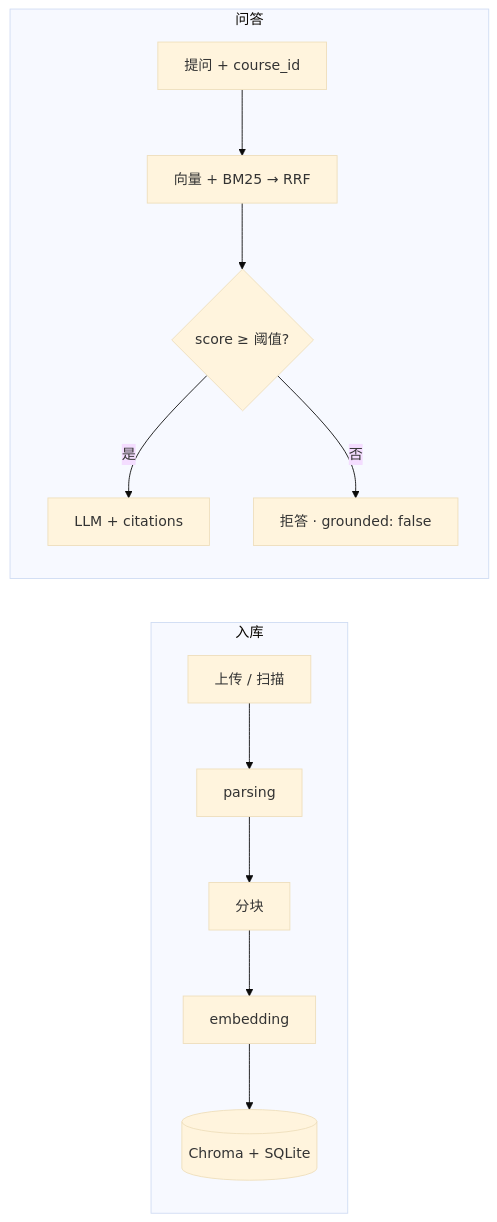
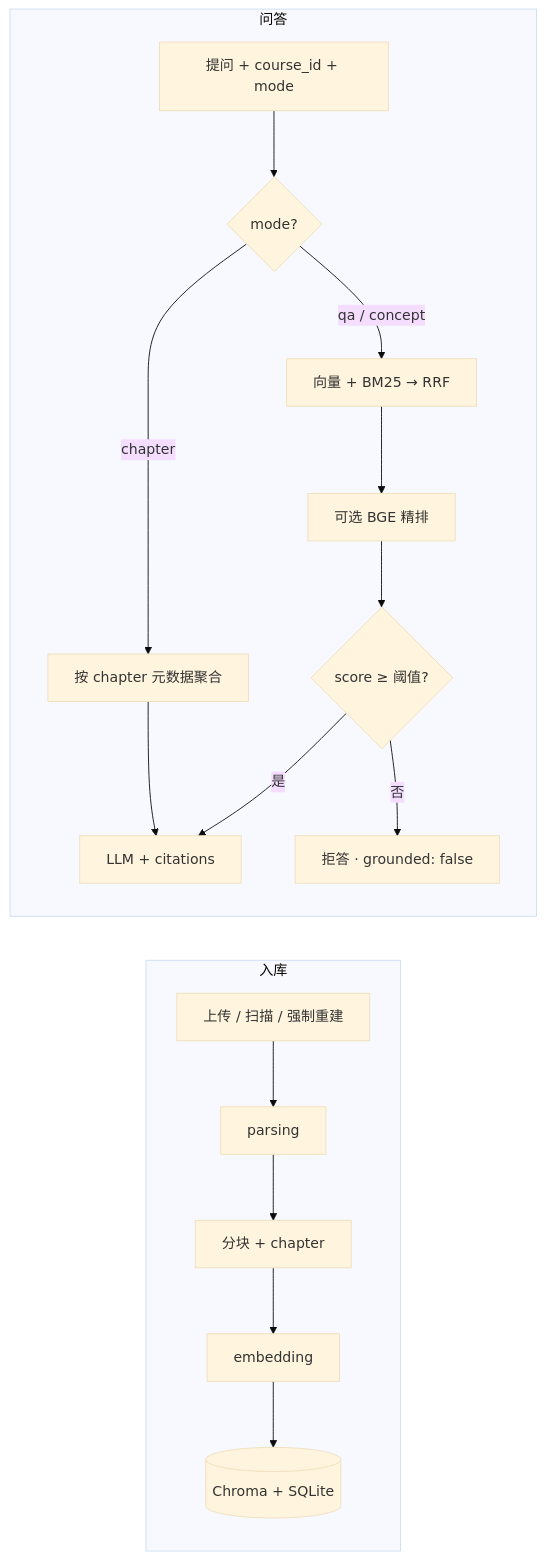
The second of 2 diagrams in README.md (1765889846/exam_qa), drawn with Mermaid (base theme) before and after one commit. The commit also changed other lines of this file and 65 other files, not shown here.

````diff
--- a/README.md
+++ b/README.md
@@ -108,12 +110,17 @@
 ```mermaid
 flowchart LR
   subgraph ingest["入库"]
-    A1["上传 / 扫描"] --> A2["parsing"] --> A3["分块"] --> A4["embedding"] --> A5[("Chroma + SQLite")]
+    A1["上传 / 扫描 / 强制重建"] --> A2["parsing"] --> A3["分块 + chapter"] --> A4["embedding"] --> A5[("Chroma + SQLite")]
   end
 
   subgraph ask["问答"]
-    B1["提问 + course_id"] --> B2["向量 + BM25 → RRF"] --> B3{"score ≥ 阈值?"}
-    B3 -->|是| B4["LLM + citations"]
-    B3 -->|否| B5["拒答 · grounded: false"]
+    B1["提问 + course_id + mode"] --> B2{"mode?"}
+    B2 -->|qa / concept| B3["向量 + BM25 → RRF"]
+    B3 --> B4["可选 BGE 精排"]
+    B4 --> B5{"score ≥ 阈值?"}
+    B2 -->|chapter| B6["按 chapter 元数据聚合"]
+    B5 -->|是| B7["LLM + citations"]
+    B5 -->|否| B8["拒答 · grounded: false"]
+    B6 --> B7
   end
 ```
````
